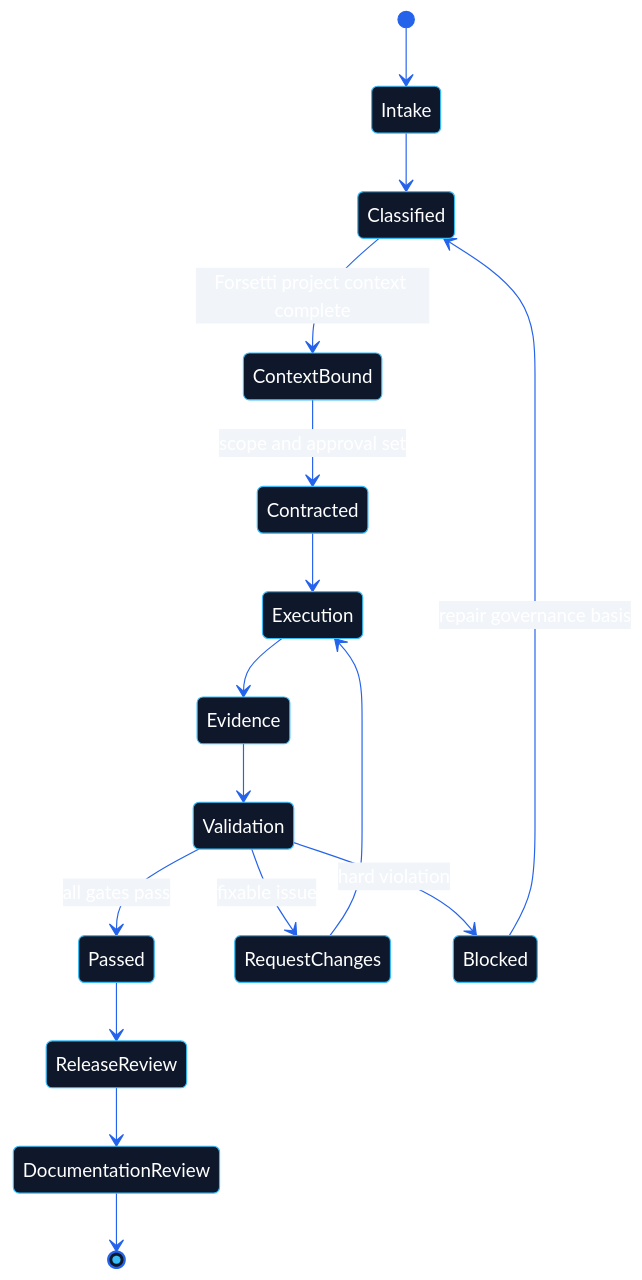
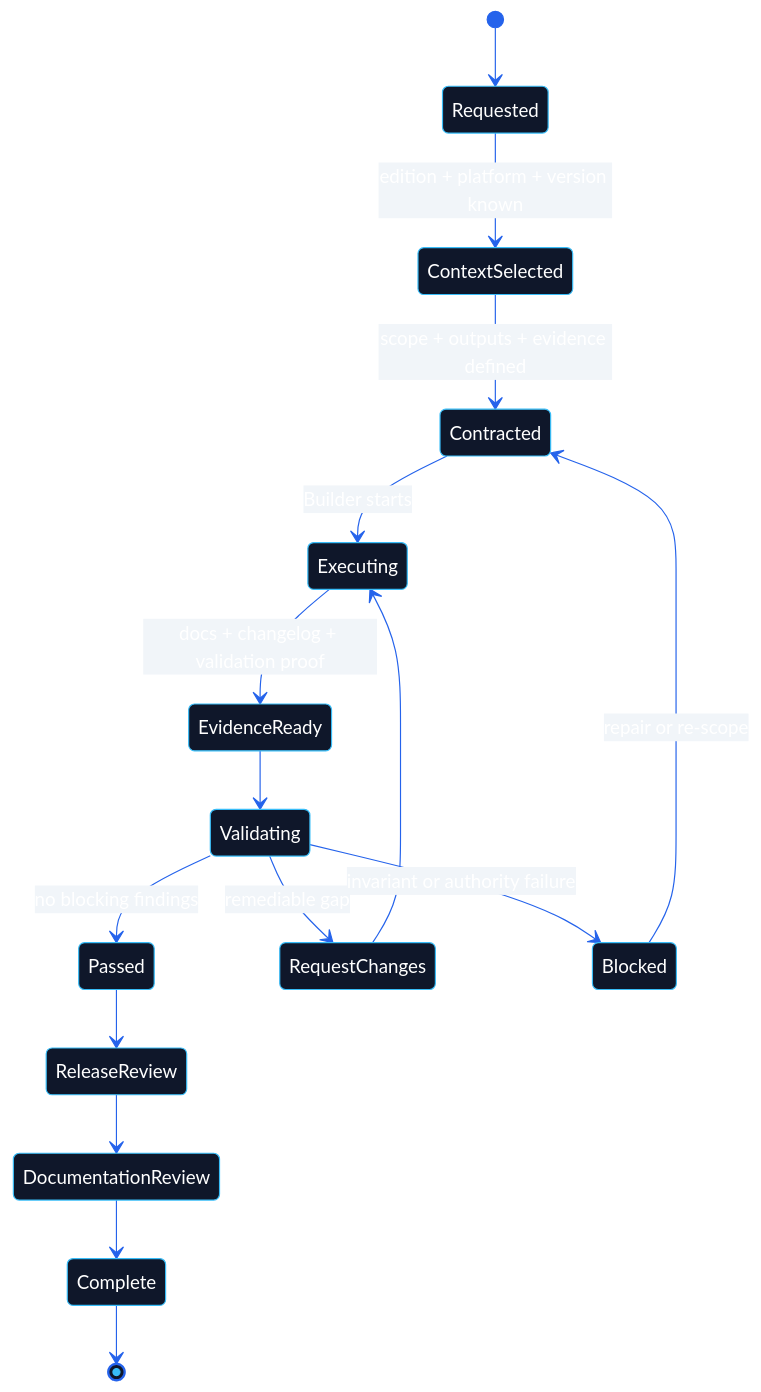
The second of 4 diagrams in wiki/Workflow.md (flynn33/forsetti-agentic-edition), drawn with Mermaid before and after one commit. The commit also changed other lines of this file and 11 other files, not shown here.

````diff
--- a/wiki/Workflow.md
+++ b/wiki/Workflow.md
@@ -39,19 +41,19 @@
 ```mermaid
 %%{init: {"theme":"base","themeVariables":{"primaryColor":"#0f172a","primaryTextColor":"#ffffff","primaryBorderColor":"#38bdf8","lineColor":"#2563eb","secondaryColor":"#f1f5f9","tertiaryColor":"#ecfeff"}}}%%
 stateDiagram-v2
-    [*] --> Intake
-    Intake --> Classified
-    Classified --> ContextBound: Forsetti project context complete
-    ContextBound --> Contracted: scope and approval set
-    Contracted --> Execution
-    Execution --> Evidence
-    Evidence --> Validation
-    Validation --> Passed: all gates pass
-    Validation --> RequestChanges: fixable issue
-    Validation --> Blocked: hard violation
-    RequestChanges --> Execution
-    Blocked --> Classified: repair governance basis
+    [*] --> Requested
+    Requested --> ContextSelected: edition + platform + version known
+    ContextSelected --> Contracted: scope + outputs + evidence defined
+    Contracted --> Executing: Builder starts
+    Executing --> EvidenceReady: docs + changelog + validation proof
+    EvidenceReady --> Validating
+    Validating --> Passed: no blocking findings
+    Validating --> RequestChanges: remediable gap
+    Validating --> Blocked: invariant or authority failure
+    RequestChanges --> Executing
+    Blocked --> Contracted: repair or re-scope
     Passed --> ReleaseReview
     ReleaseReview --> DocumentationReview
-    DocumentationReview --> [*]
+    DocumentationReview --> Complete
+    Complete --> [*]
 ```
````
